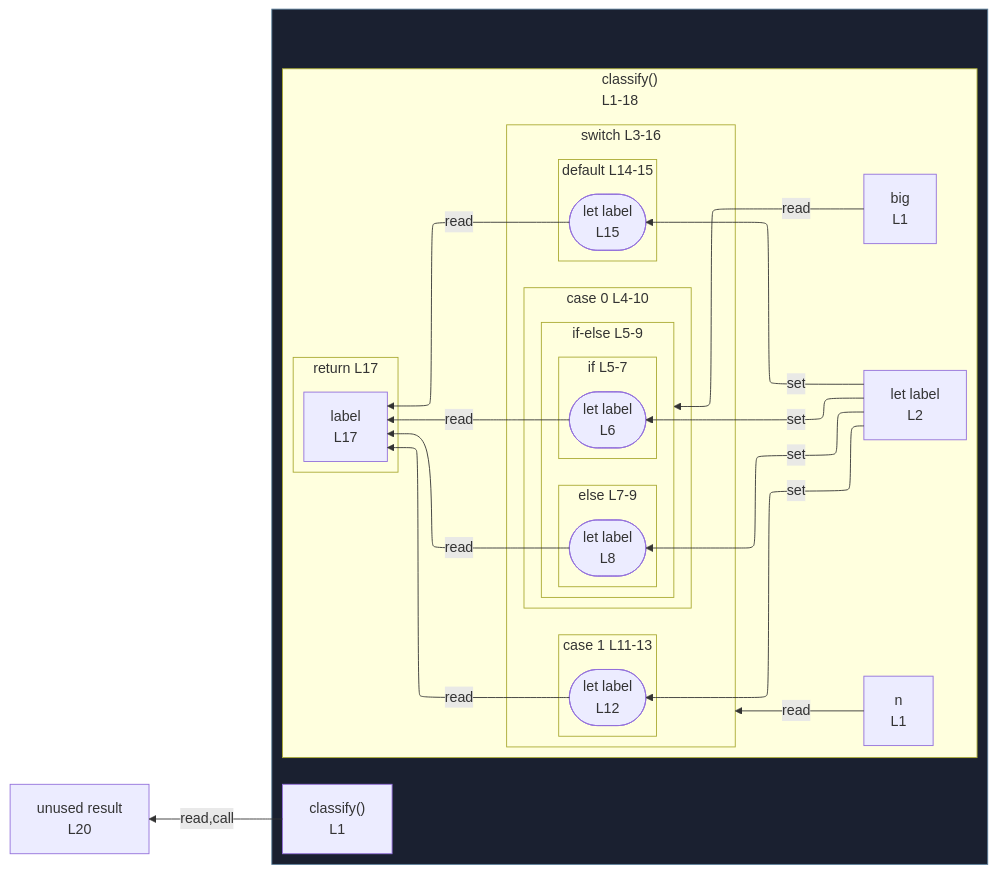
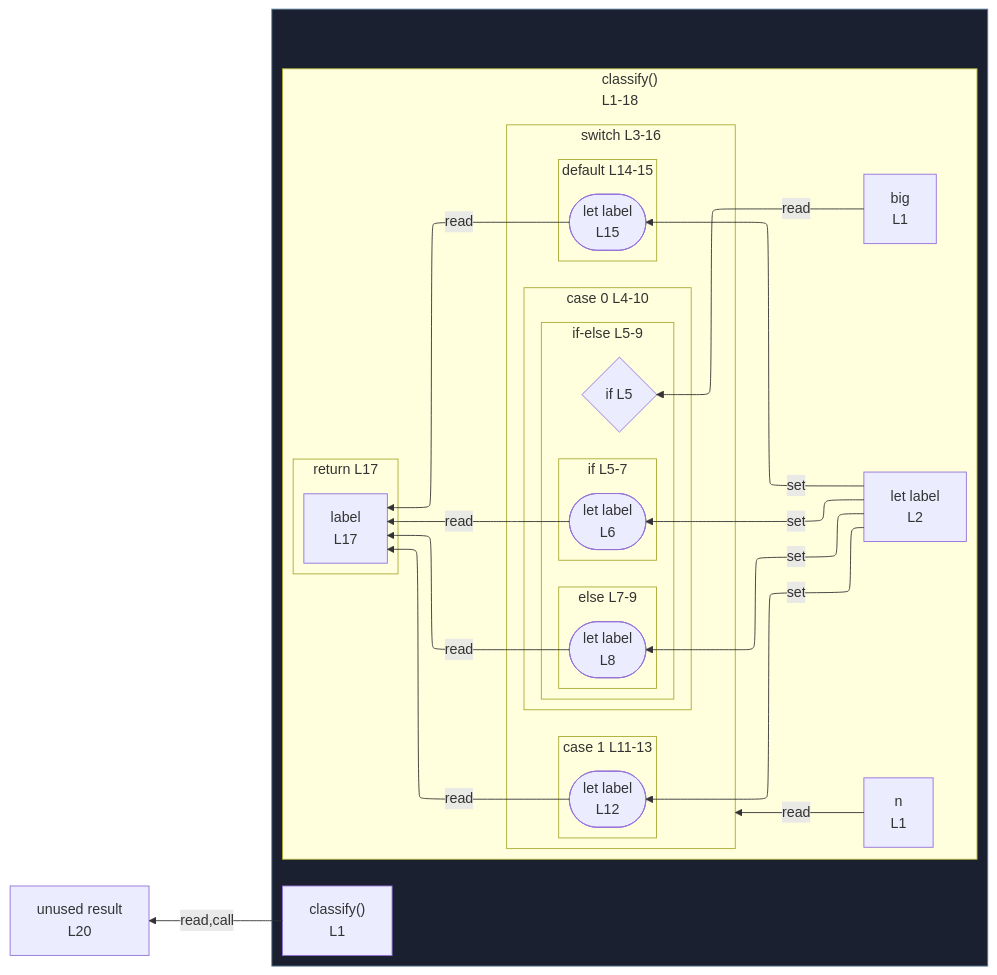
One commit to crescware/unsnarl changed the diagram in integration/fixtures/control-switch-with-inner-if/preview.md. Above: the diagram before and after it, drawn with Mermaid. The commit also changed 42 other files, not shown here.

````diff
--- a/integration/fixtures/control-switch-with-inner-if/preview.md
+++ b/integration/fixtures/control-switch-with-inner-if/preview.md
@@ -30,57 +30,58 @@
 ```mermaid
 %%{init: {"flowchart": {"defaultRenderer": "elk"}}}%%
 flowchart RL
   n_scope_0_result_307["unused result<br/>L20"]
   subgraph wrap_s_scope_1[" "]
     direction TB
     n_scope_0_classify_9["classify()<br/>L1"]
     subgraph s_scope_1["classify()<br/>L1-18"]
       direction RL
       n_scope_1_n_18["n<br/>L1"]
       n_scope_1_big_29["big<br/>L1"]
       n_scope_1_label_51["let label<br/>L2"]
       subgraph s_scope_2["switch L3-16"]
         direction RL
         subgraph s_scope_3["case 0 L4-10"]
           direction RL
           subgraph cont_if_scope_3_91["if-else L5-9"]
             direction RL
+            if_test_scope_3_91{"if L5"}
             subgraph s_scope_4["if L5-7"]
               direction RL
               wr_ref_2(["let label<br/>L6"])
             end
             subgraph s_scope_5["else L7-9"]
               direction RL
               wr_ref_3(["let label<br/>L8"])
             end
           end
         end
         subgraph s_scope_6["case 1 L11-13"]
           direction RL
           wr_ref_4(["let label<br/>L12"])
         end
         subgraph s_scope_7["default L14-15"]
           direction RL
           wr_ref_5(["let label<br/>L15"])
         end
       end
       subgraph s_return_scope_0_classify_9_284_297["return L17"]
         direction RL
         ret_use_ref_6["label<br/>L17"]
       end
     end
   end
   n_scope_1_label_51 -->|set| wr_ref_2
   n_scope_1_label_51 -->|set| wr_ref_3
   n_scope_1_label_51 -->|set| wr_ref_4
   n_scope_1_label_51 -->|set| wr_ref_5
   n_scope_1_n_18 -->|read| s_scope_2
-  n_scope_1_big_29 -->|read| cont_if_scope_3_91
+  n_scope_1_big_29 -->|read| if_test_scope_3_91
   wr_ref_2 -->|read| ret_use_ref_6
   wr_ref_3 -->|read| ret_use_ref_6
   wr_ref_4 -->|read| ret_use_ref_6
   wr_ref_5 -->|read| ret_use_ref_6
   n_scope_0_classify_9 -->|read,call| n_scope_0_result_307
   classDef fnWrap fill:#1a2030,stroke:#5a7d99;
   class wrap_s_scope_1 fnWrap;
 ```
````
